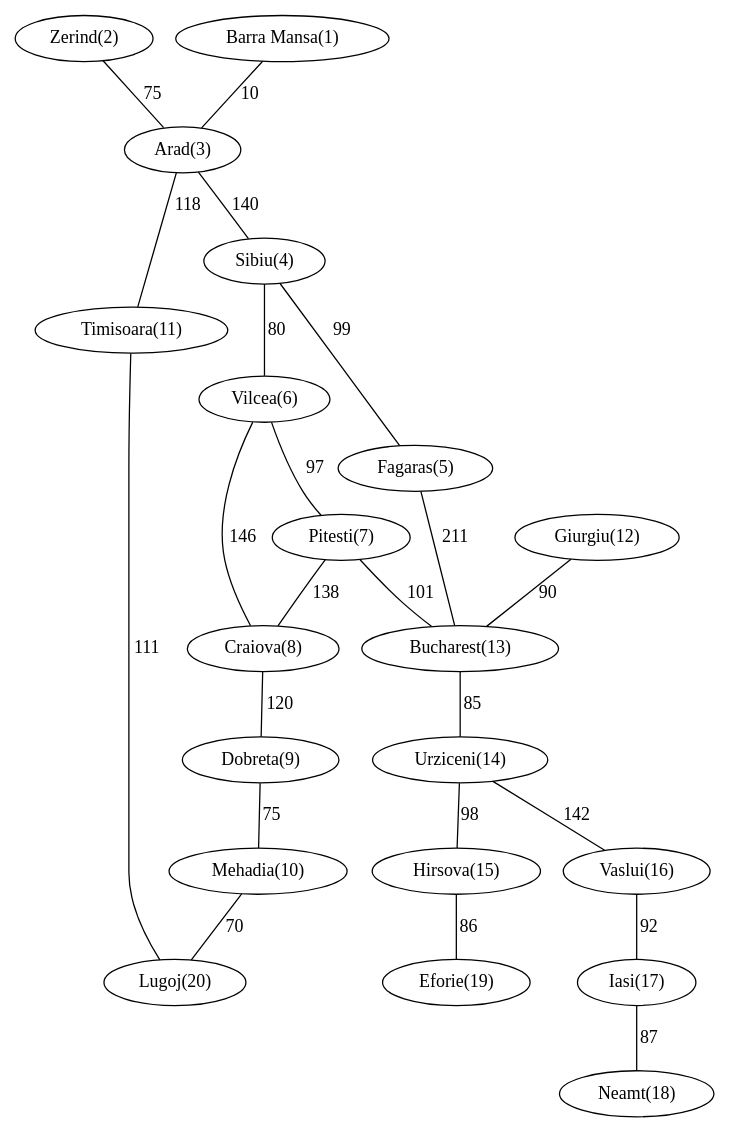
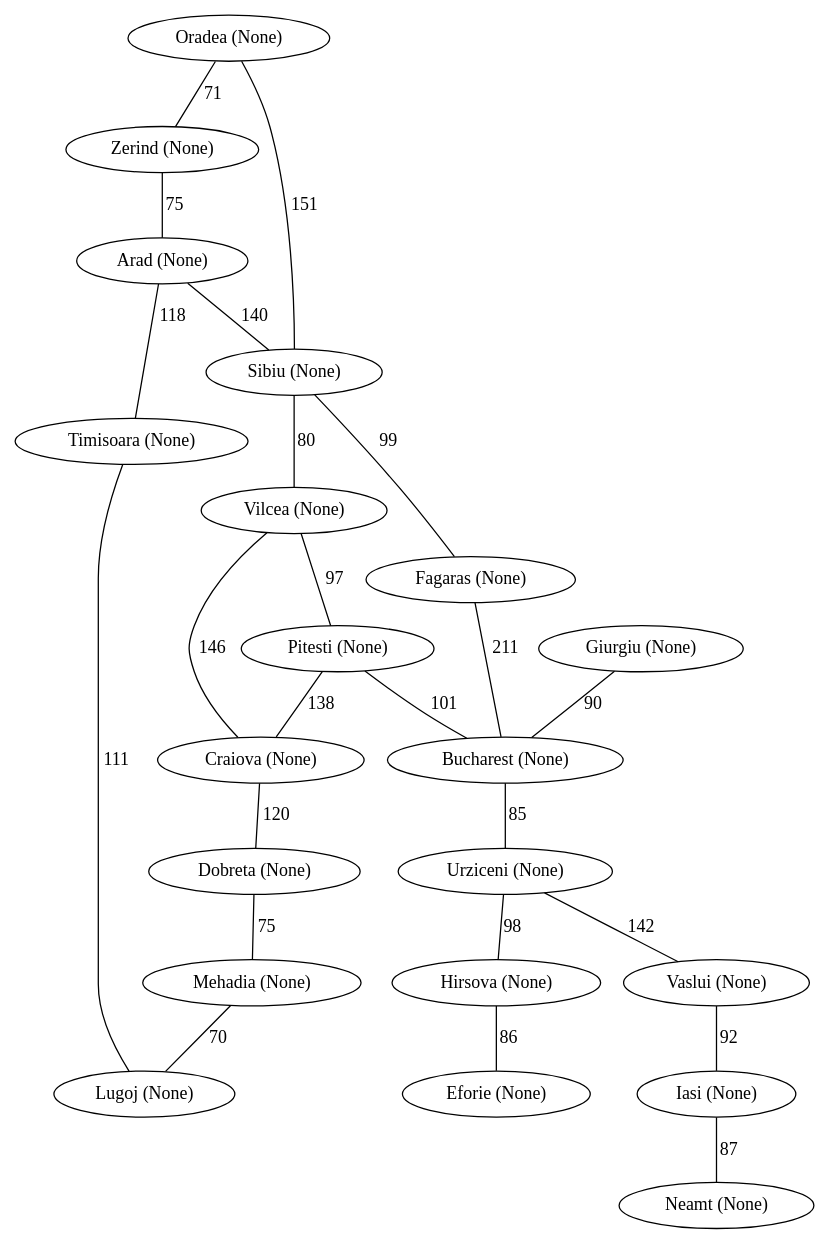
The diagram in trabalho2/teste.gv (thiago9864/inteligencia_artificial), drawn with Graphviz before and after one commit. The commit also changed 3 other files, not shown here.

Commit message:
heuristica sem Graphviz

```diff
--- a/trabalho2/teste.gv
+++ b/trabalho2/teste.gv
@@ -1,24 +1,25 @@
 graph {
-   "Zerind(2)"--"Arad(3)" [label=75]
-   "Arad(3)"--"Timisoara(11)" [label=118]
-   "Arad(3)"--"Sibiu(4)" [label=140]
-   "Sibiu(4)"--"Fagaras(5)" [label=99]
-   "Sibiu(4)"--"Vilcea(6)" [label=80]
-   "Fagaras(5)"--"Bucharest(13)" [label=211]
-   "Vilcea(6)"--"Craiova(8)" [label=146]
-   "Vilcea(6)"--"Pitesti(7)" [label=97]
-   "Pitesti(7)"--"Craiova(8)" [label=138]
-   "Pitesti(7)"--"Bucharest(13)" [label=101]
-   "Craiova(8)"--"Dobreta(9)" [label=120]
-   "Dobreta(9)"--"Mehadia(10)" [label=75]
-   "Mehadia(10)"--"Lugoj(20)" [label=70]
-   "Timisoara(11)"--"Lugoj(20)" [label=111]
-   "Giurgiu(12)"--"Bucharest(13)" [label=90]
-   "Bucharest(13)"--"Urziceni(14)" [label=85]
-   "Urziceni(14)"--"Hirsova(15)" [label=98]
-   "Urziceni(14)"--"Vaslui(16)" [label=142]
-   "Hirsova(15)"--"Eforie(19)" [label=86]
-   "Vaslui(16)"--"Iasi(17)" [label=92]
-   "Iasi(17)"--"Neamt(18)" [label=87]
-   "Barra Mansa(1)"--"Arad(3)" [label=10]
+   "Oradea (None)"--"Zerind (None)" [label=71]
+   "Oradea (None)"--"Sibiu (None)" [label=151]
+   "Zerind (None)"--"Arad (None)" [label=75]
+   "Arad (None)"--"Timisoara (None)" [label=118]
+   "Arad (None)"--"Sibiu (None)" [label=140]
+   "Sibiu (None)"--"Fagaras (None)" [label=99]
+   "Sibiu (None)"--"Vilcea (None)" [label=80]
+   "Fagaras (None)"--"Bucharest (None)" [label=211]
+   "Vilcea (None)"--"Craiova (None)" [label=146]
+   "Vilcea (None)"--"Pitesti (None)" [label=97]
+   "Pitesti (None)"--"Craiova (None)" [label=138]
+   "Pitesti (None)"--"Bucharest (None)" [label=101]
+   "Craiova (None)"--"Dobreta (None)" [label=120]
+   "Dobreta (None)"--"Mehadia (None)" [label=75]
+   "Mehadia (None)"--"Lugoj (None)" [label=70]
+   "Timisoara (None)"--"Lugoj (None)" [label=111]
+   "Giurgiu (None)"--"Bucharest (None)" [label=90]
+   "Bucharest (None)"--"Urziceni (None)" [label=85]
+   "Urziceni (None)"--"Hirsova (None)" [label=98]
+   "Urziceni (None)"--"Vaslui (None)" [label=142]
+   "Hirsova (None)"--"Eforie (None)" [label=86]
+   "Vaslui (None)"--"Iasi (None)" [label=92]
+   "Iasi (None)"--"Neamt (None)" [label=87]
 }
```
